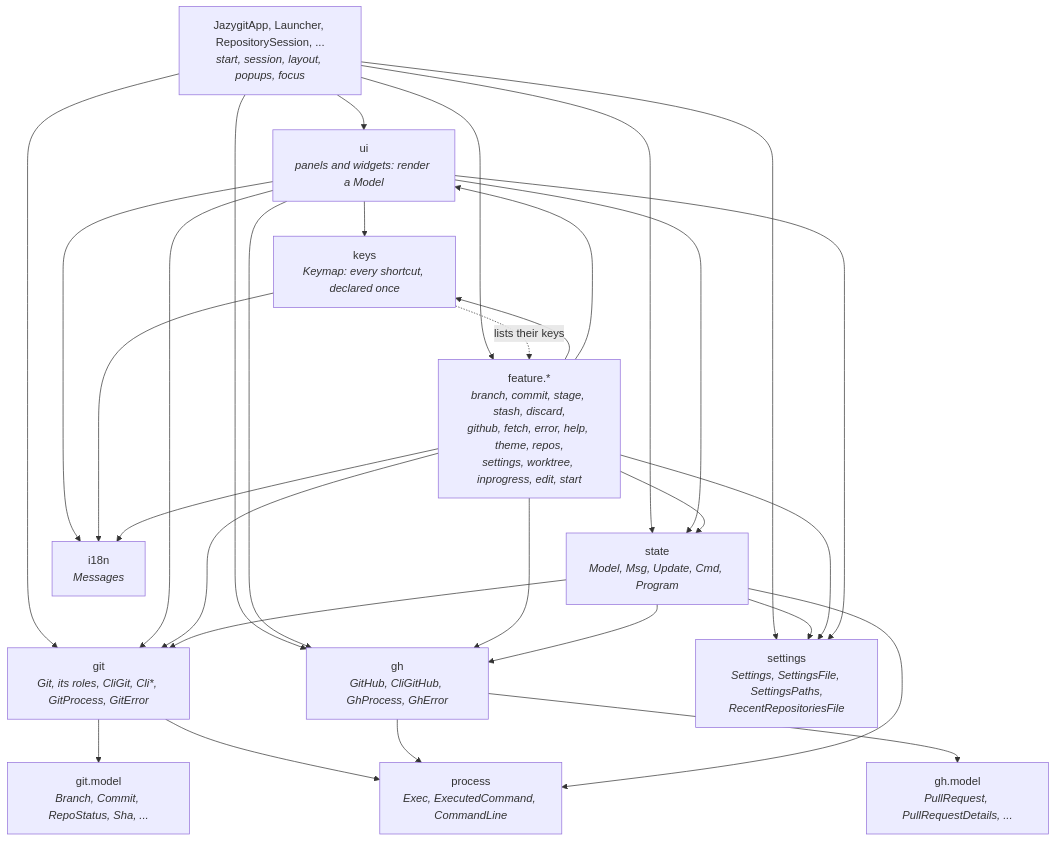
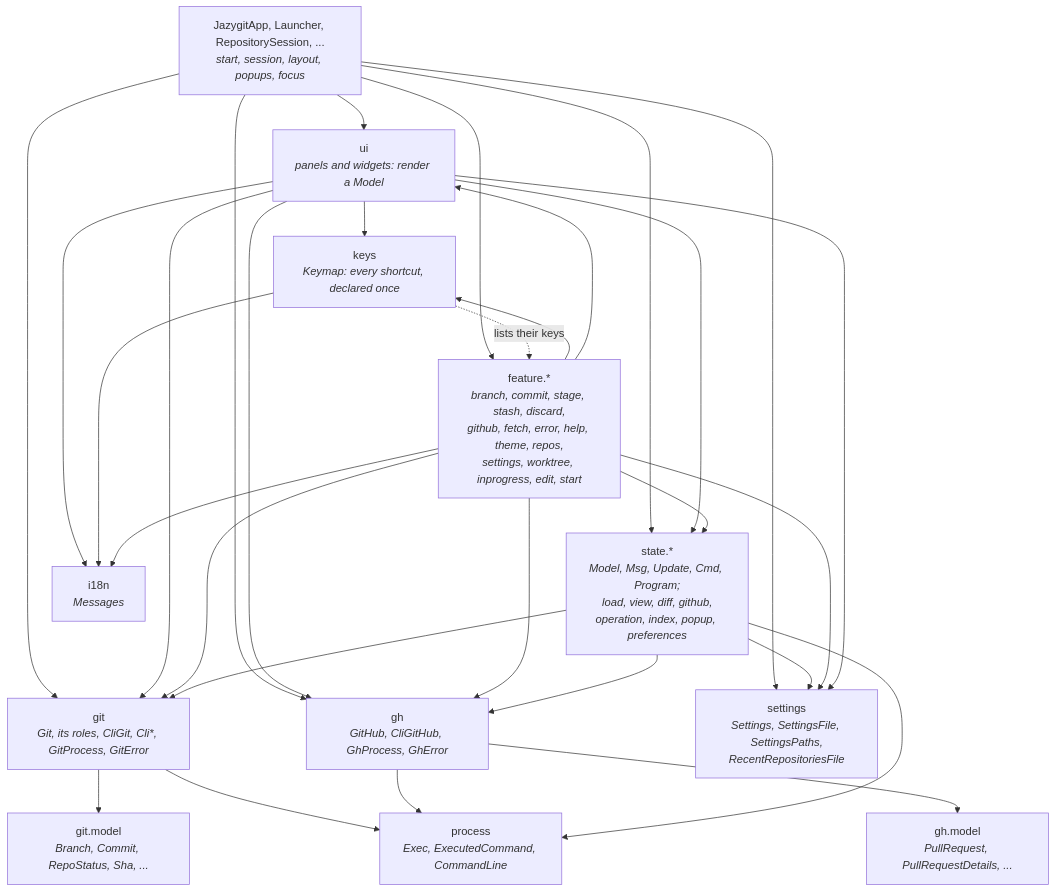
Before and after one commit to cvanfleteren/jazygit: the first of 7 diagrams in ARCHITECTURE.md, drawn with Mermaid. The commit also changed other lines of this file and 630 other files, not shown here.

````diff
--- a/ARCHITECTURE.md
+++ b/ARCHITECTURE.md
@@ -47,45 +47,45 @@
 ```mermaid
 graph TD
     App["JazygitApp, Launcher, RepositorySession, ...<br/><i>start, session, layout, popups, focus</i>"]
     UI["ui<br/><i>panels and widgets: render a Model</i>"]
     Keys["keys<br/><i>Keymap: every shortcut, declared once</i>"]
     Feature["feature.*<br/><i>branch, commit, stage, stash, discard,<br/>github, fetch, error, help, theme, repos,<br/>settings, worktree, inprogress, edit, start</i>"]
-    State["state<br/><i>Model, Msg, Update, Cmd, Program</i>"]
+    State["state.*<br/><i>Model, Msg, Update, Cmd, Program;<br/>load, view, diff, github,<br/>operation, index, popup, preferences</i>"]
     Git["git<br/><i>Git, its roles, CliGit, Cli*, GitProcess, GitError</i>"]
     GitModel["git.model<br/><i>Branch, Commit, RepoStatus, Sha, ...</i>"]
     Gh["gh<br/><i>GitHub, CliGitHub, GhProcess, GhError</i>"]
     GhModel["gh.model<br/><i>PullRequest, PullRequestDetails, ...</i>"]
     Process["process<br/><i>Exec, ExecutedCommand, CommandLine</i>"]
     I18n["i18n<br/><i>Messages</i>"]
     Settings["settings<br/><i>Settings, SettingsFile, SettingsPaths,<br/>RecentRepositoriesFile</i>"]
 
     App --> UI
     App --> State
     App --> Feature
     App --> Git
     App --> Gh
     UI --> Keys
     UI --> State
     UI --> Git
     UI --> Gh
     Keys -. "lists their keys" .-> Feature
     Feature --> Keys
     Feature --> UI
     Feature --> State
     Feature --> Git
     State --> Git
     Git --> GitModel
     Feature --> Gh
     State --> Gh
     Gh --> GhModel
     Git --> Process
     Gh --> Process
     State --> Process
     UI --> I18n
     App --> Settings
     State --> Settings
     Feature --> Settings
     UI --> Settings
     Keys --> I18n
     Feature --> I18n
 ```
````
